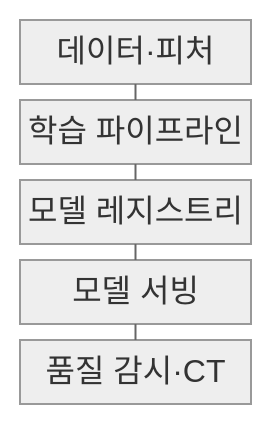
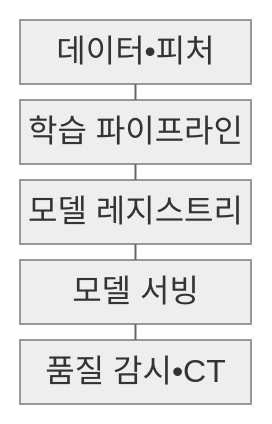
Before and after one commit to agnusdei1207/knowledge-base: the first of 2 diagrams in src/content/docs/notes/03-software/202_mlops_pipeline.md, drawn with Mermaid (neutral theme). The commit also changed other lines of this file and 953 other files, not shown here.

````diff
--- a/src/content/docs/notes/03-software/202_mlops_pipeline.md
+++ b/src/content/docs/notes/03-software/202_mlops_pipeline.md
@@ -65,13 +65,13 @@
 ```mermaid
 block-beta
     columns 1
-    A["데이터·피처"]
+    A["데이터•피처"]
     B["학습 파이프라인"]
     C["모델 레지스트리"]
     D["모델 서빙"]
-    E["품질 감시·CT"]
+    E["품질 감시•CT"]
     A --- B
     B --- C
     C --- D
     D --- E
 ```
````
